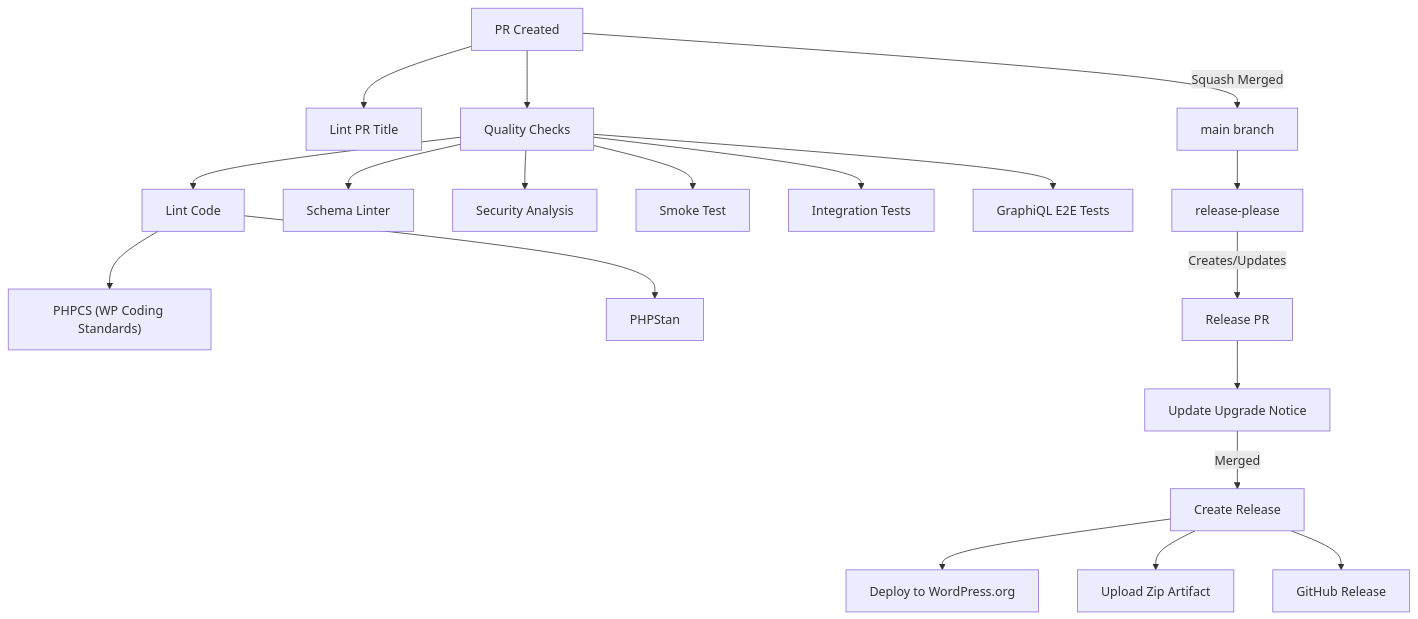
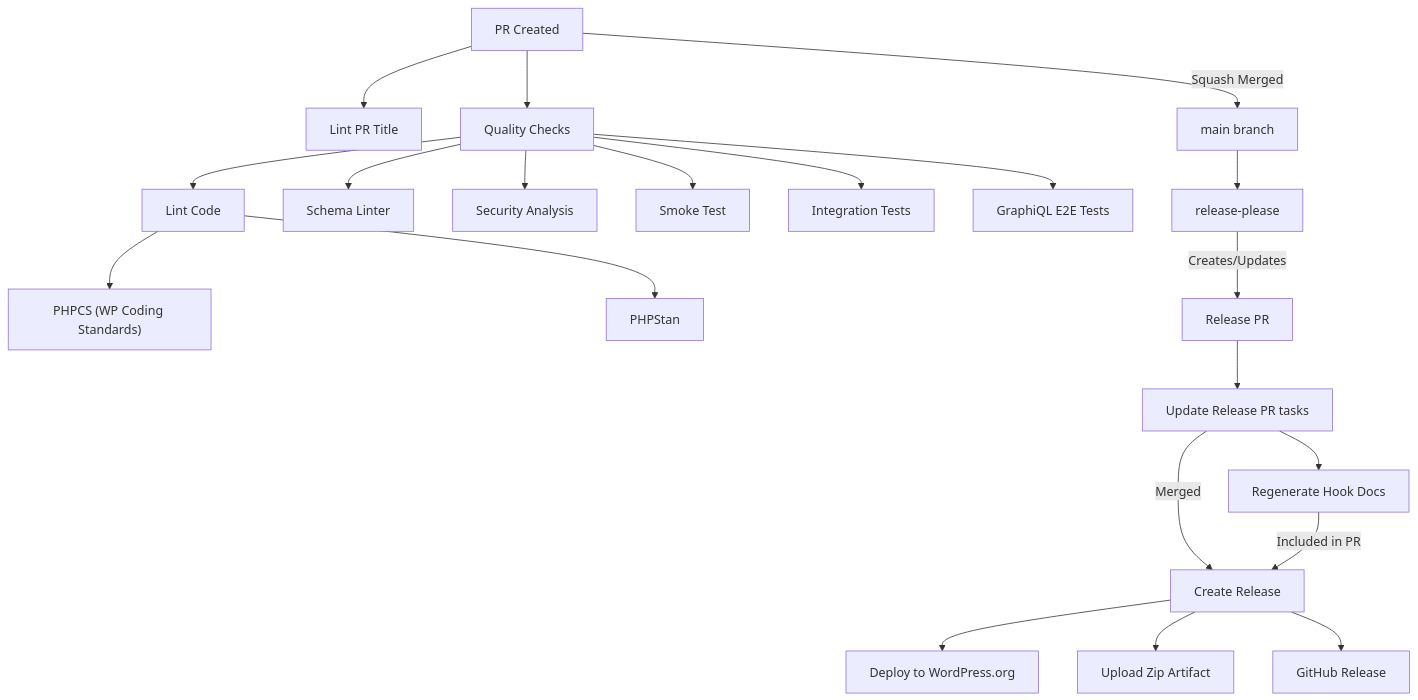
Before and after one commit to wp-graphql/wp-graphql: the diagram in .github/workflows/README.md, drawn with Mermaid. The commit also changed other lines of this file and 3 other files, not shown here.

````diff
--- a/.github/workflows/README.md
+++ b/.github/workflows/README.md
@@ -149,28 +154,30 @@
 ```mermaid
 flowchart TD
     %% PR Process
     PR[PR Created] --> LPR[Lint PR Title]
     PR --> QA[Quality Checks]
 
     %% Quality Checks
     QA --> Lint[Lint Code]
     QA --> SL[Schema Linter]
     QA --> SEC[Security Analysis]
     QA --> SM[Smoke Test]
     QA --> INT[Integration Tests]
     QA --> E2E[GraphiQL E2E Tests]
 
     %% Linting
     Lint --> CS["PHPCS (WP Coding Standards)"]
     Lint --> STAN[PHPStan]
 
     %% Merge and Release
     PR --> |Squash Merged| MAIN[main branch]
     MAIN --> RP[release-please]
     RP --> |Creates/Updates| RPR[Release PR]
-    RPR --> URP[Update Upgrade Notice]
+    RPR --> URP[Update Release PR tasks]
+    URP --> HGD[Regenerate Hook Docs]
     URP --> |Merged| REL[Create Release]
+    HGD --> |Included in PR| REL
     REL --> WO[Deploy to WordPress.org]
     REL --> ZIP[Upload Zip Artifact]
     REL --> GH[GitHub Release]
 ```
````
